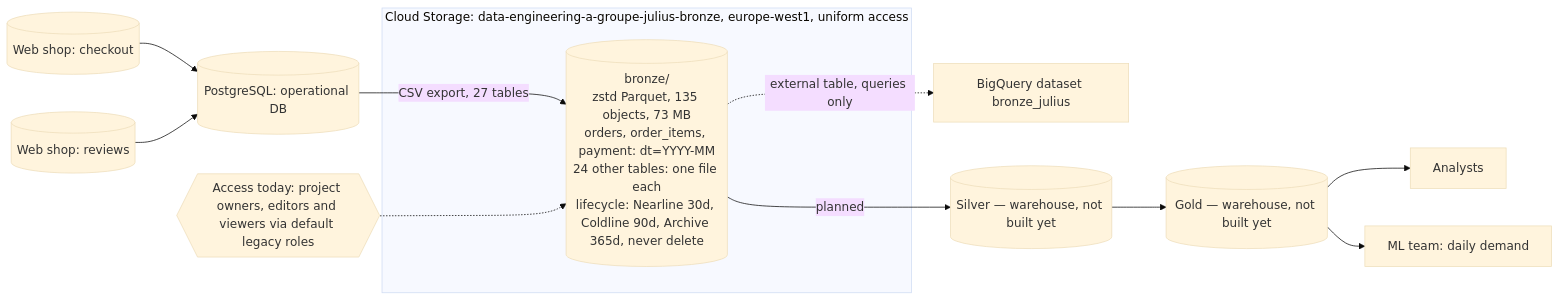
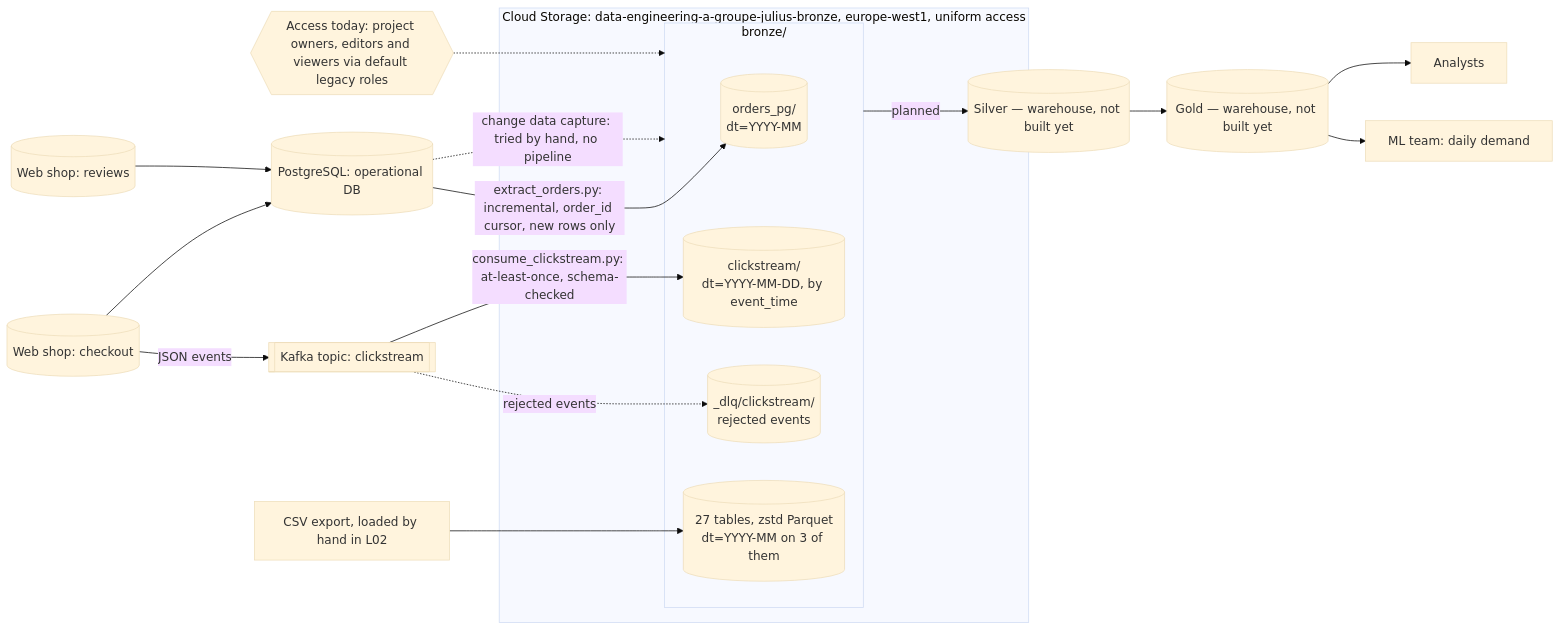
The diagram in docs/architecture.md (JuliusHayter/de-platform-template), drawn with Mermaid (base theme) before and after one commit. The commit also changed other lines of this file and 10 other files, not shown here.

First line of the commit message:
ADD: Ingest orders and clickstream into bronze without a human

````diff
--- a/docs/architecture.md
+++ b/docs/architecture.md
@@ -19,17 +19,27 @@
 ```mermaid
 flowchart LR
   checkout[(Web shop: checkout)] --> pg[(PostgreSQL: operational DB)]
   reviews[(Web shop: reviews)] --> pg
-  pg -->|CSV export, 27 tables| bronze
+  checkout -->|JSON events| kafka[[Kafka topic: clickstream]]
+
+  pg -->|"extract_orders.py: incremental, order_id cursor, new rows only"| orders_pg
+  kafka -->|"consume_clickstream.py: at-least-once, schema-checked"| clickstream
+  kafka -.->|"rejected events"| dlq
+  pg -.->|"change data capture: tried by hand, no pipeline"| bronze
+  csv[CSV export, loaded by hand in L02] --> tables
 
   subgraph gcs[Cloud Storage: data-engineering-a-groupe-julius-bronze, europe-west1, uniform access]
-    bronze[(bronze/<br/>zstd Parquet, 135 objects, 73 MB<br/>orders, order_items, payment: dt=YYYY-MM<br/>24 other tables: one file each<br/>lifecycle: Nearline 30d, Coldline 90d, Archive 365d, never delete)]
+    subgraph bronze[bronze/]
+      tables[(27 tables, zstd Parquet<br/>dt=YYYY-MM on 3 of them)]
+      orders_pg[(orders_pg/<br/>dt=YYYY-MM)]
+      clickstream[(clickstream/<br/>dt=YYYY-MM-DD, by event_time)]
+      dlq[(_dlq/clickstream/<br/>rejected events)]
+    end
   end
 
   access{{Access today: project owners, editors and viewers via default legacy roles}} -.-> bronze
-  bronze -.->|external table, queries only| bq[BigQuery dataset bronze_julius]
   bronze -->|planned| silver[(Silver — warehouse, not built yet)]
   silver --> gold[(Gold — warehouse, not built yet)]
   gold --> analysts[Analysts]
   gold --> ml[ML team: daily demand]
 ```
````
